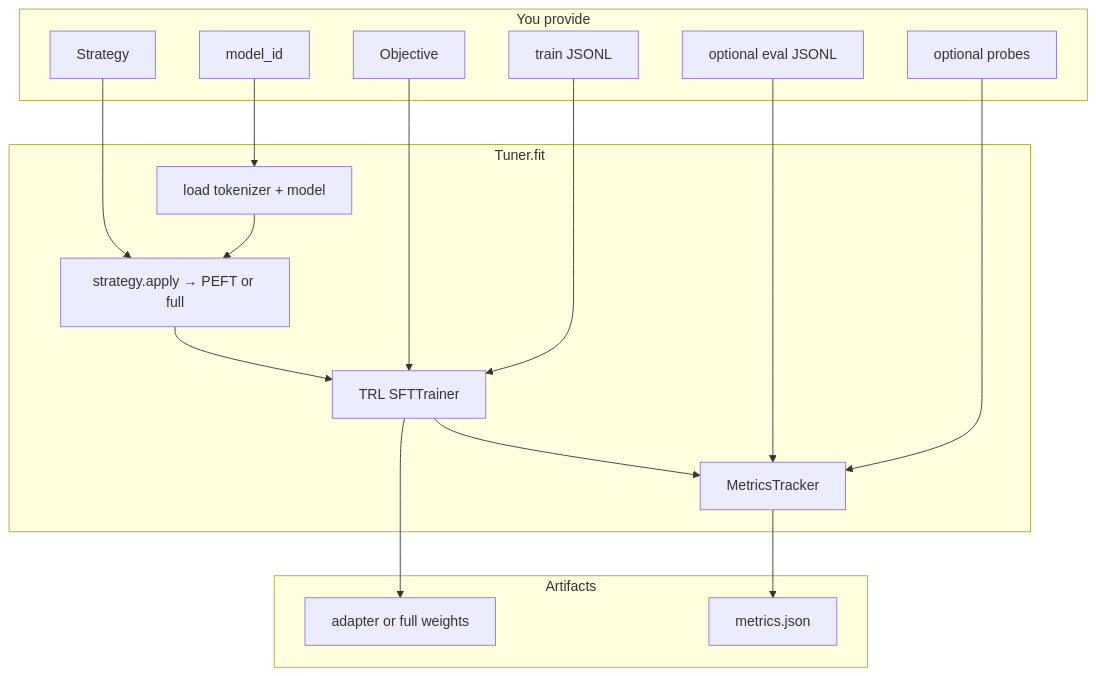
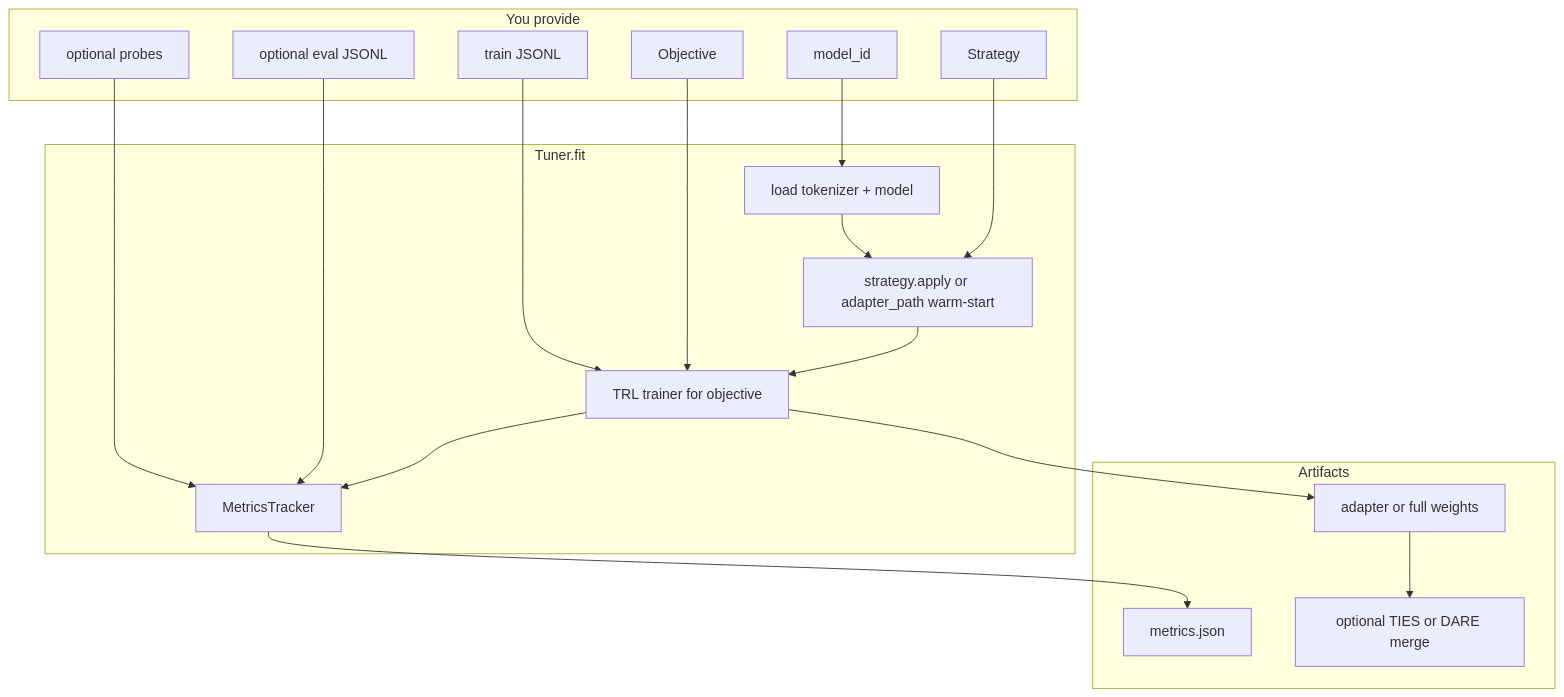
Before and after one commit to slickml/slick-tune: diagram 20 of 20 in docs/pages/fine_tuning_guide.md, drawn with Mermaid. The commit also changed other lines of this file and 12 other files, not shown here.

````diff
--- a/docs/pages/fine_tuning_guide.md
+++ b/docs/pages/fine_tuning_guide.md
@@ -492,34 +800,36 @@
 ```mermaid
 flowchart TB
   subgraph inputs [You provide]
     mid[model_id]
     strat[Strategy]
     obj[Objective]
     data[train JSONL]
     eval[optional eval JSONL]
     probes[optional probes]
   end
 
   subgraph tuner [Tuner.fit]
     load[load tokenizer + model]
-    apply[strategy.apply → PEFT or full]
-    train[TRL SFTTrainer]
+    apply[strategy.apply or adapter_path warm-start]
+    train[TRL trainer for objective]
     metrics[MetricsTracker]
   end
 
   subgraph out [Artifacts]
     ckpt[adapter or full weights]
     mj[metrics.json]
+    merged[optional TIES or DARE merge]
   end
 
   mid --> load
   strat --> apply
   load --> apply --> train
   obj --> train
   data --> train
   train --> metrics
   eval --> metrics
   probes --> metrics
   train --> ckpt
   metrics --> mj
+  ckpt --> merged
 ```
````
